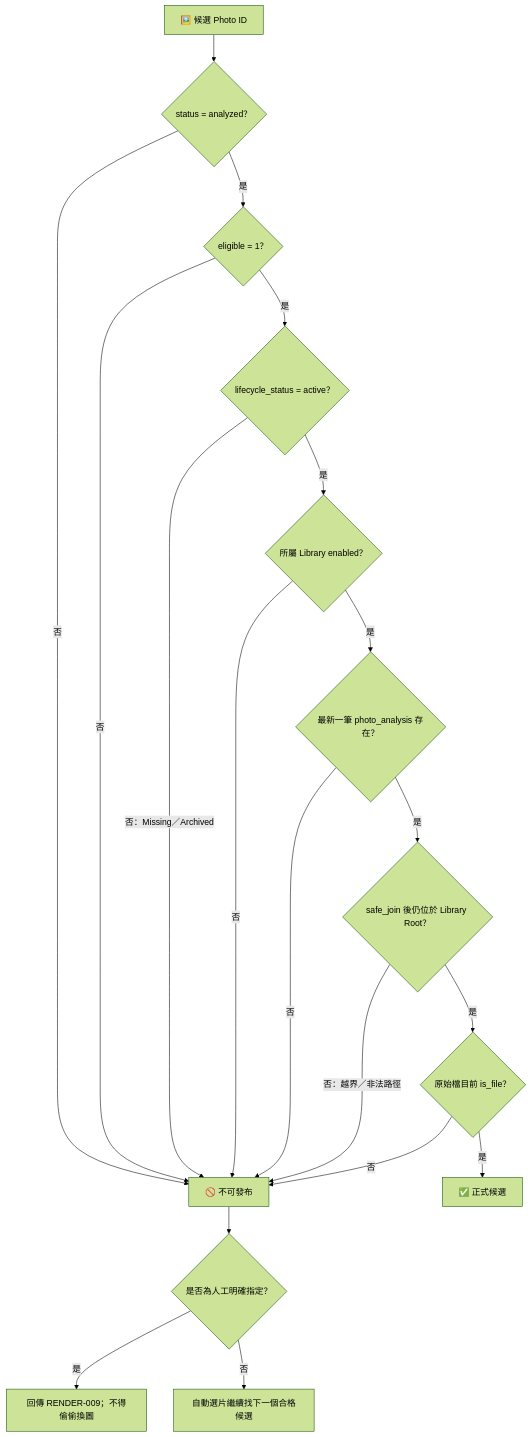
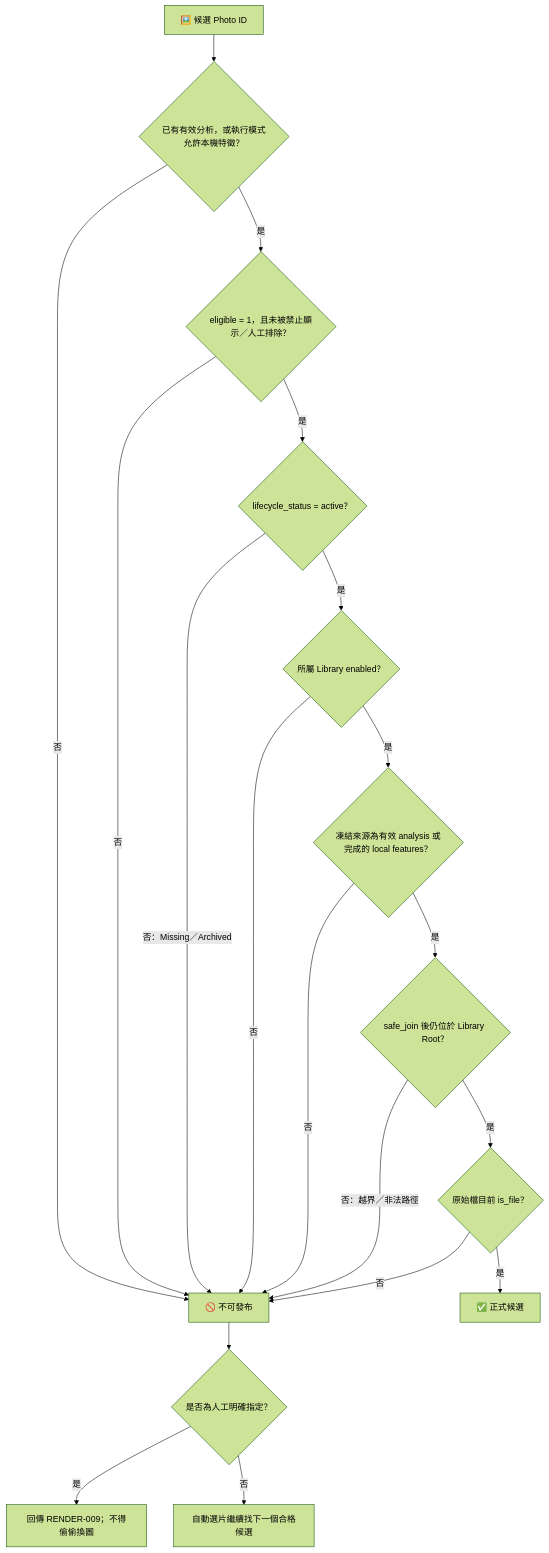
Before and after one commit to steven87090799/InkTime: the sixth of 15 diagrams in README.md, drawn with Mermaid (forest theme). The commit also changed other lines of this file and 65 other files, not shown here.

````diff
--- a/README.md
+++ b/README.md
@@ -271,22 +273,22 @@
 ```mermaid
 flowchart TD
-    CANDIDATE["🖼️ 候選 Photo ID"] --> S1{"status = analyzed？"}
+    CANDIDATE["🖼️ 候選 Photo ID"] --> S1{"已有有效分析，或執行模式允許本機特徵？"}
     S1 -->|否| REJECT["🚫 不可發布"]
-    S1 -->|是| S2{"eligible = 1？"}
+    S1 -->|是| S2{"eligible = 1，且未被禁止顯示／人工排除？"}
     S2 -->|否| REJECT
     S2 -->|是| S3{"lifecycle_status = active？"}
     S3 -->|否：Missing／Archived| REJECT
     S3 -->|是| S4{"所屬 Library enabled？"}
     S4 -->|否| REJECT
-    S4 -->|是| S5{"最新一筆 photo_analysis 存在？"}
+    S4 -->|是| S5{"凍結來源為有效 analysis 或完成的 local features？"}
     S5 -->|否| REJECT
     S5 -->|是| S6{"safe_join 後仍位於 Library Root？"}
     S6 -->|否：越界／非法路徑| REJECT
     S6 -->|是| S7{"原始檔目前 is_file？"}
     S7 -->|否| REJECT
     S7 -->|是| ACCEPT["✅ 正式候選"]
 
     REJECT --> EXPLICIT{"是否為人工明確指定？"}
     EXPLICIT -->|是| ERROR["回傳 RENDER-009；不得偷偷換圖"]
     EXPLICIT -->|否| CONTINUE["自動選片繼續找下一個合格候選"]
 ```
````
